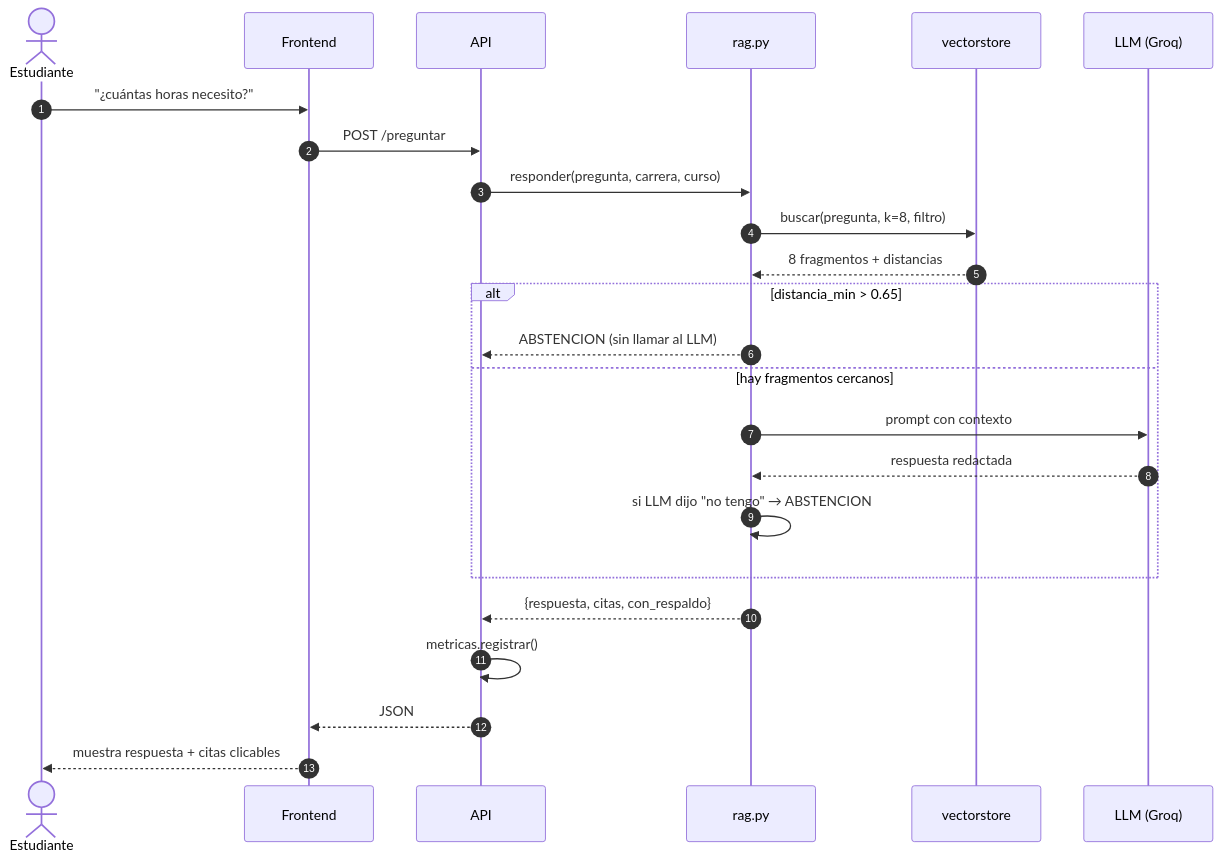
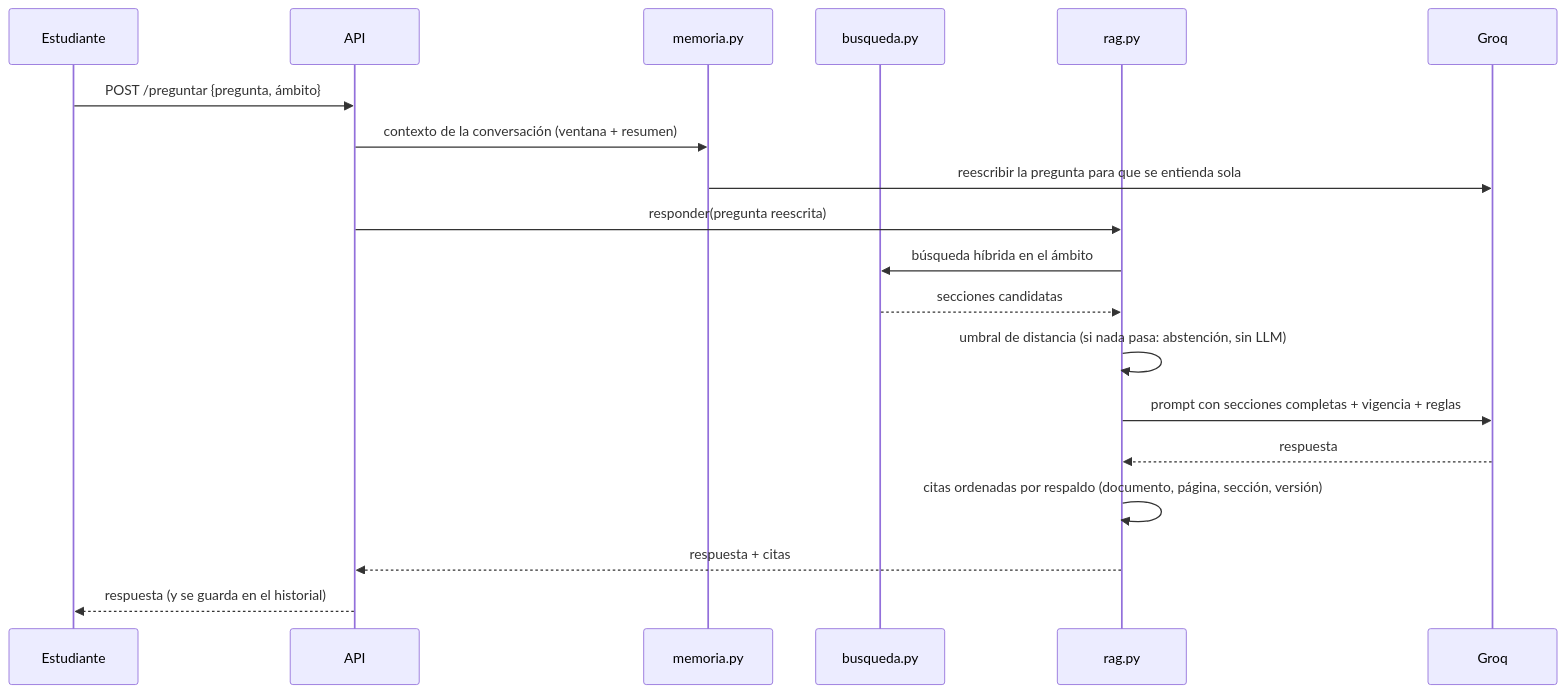
Before and after one commit to AlexJavierQ/Tesis: the second of 2 diagrams in documentacion/DISENO_ARQUITECTURA.md, drawn with Mermaid. The commit also changed other lines of this file and 51 other files, not shown here.

````diff
--- a/documentacion/DISENO_ARQUITECTURA.md
+++ b/documentacion/DISENO_ARQUITECTURA.md
@@ -85,29 +63,22 @@
 ```mermaid
 sequenceDiagram
-    autonumber
-    actor U as Estudiante
-    participant F as Frontend
+    participant E as Estudiante
     participant A as API
+    participant M as memoria.py
+    participant B as busqueda.py
     participant R as rag.py
-    participant V as vectorstore
-    participant L as LLM (Groq)
+    participant L as Groq
 
-    U->>F: "¿cuántas horas necesito?"
-    F->>A: POST /preguntar
-    A->>R: responder(pregunta, carrera, curso)
-    R->>V: buscar(pregunta, k=8, filtro)
-    V-->>R: 8 fragmentos + distancias
-
-    alt distancia_min > 0.65
-        R-->>A: ABSTENCION (sin llamar al LLM)
-    else hay fragmentos cercanos
-        R->>L: prompt con contexto
-        L-->>R: respuesta redactada
-        R->>R: si LLM dijo "no tengo" → ABSTENCION
-    end
-
-    R-->>A: {respuesta, citas, con_respaldo}
-    A->>A: metricas.registrar()
-    A-->>F: JSON
-    F-->>U: muestra respuesta + citas clicables
+    E->>A: POST /preguntar {pregunta, ámbito}
+    A->>M: contexto de la conversación (ventana + resumen)
+    M->>L: reescribir la pregunta para que se entienda sola
+    A->>R: responder(pregunta reescrita)
+    R->>B: búsqueda híbrida en el ámbito
+    B-->>R: secciones candidatas
+    R->>R: umbral de distancia (si nada pasa: abstención, sin LLM)
+    R->>L: prompt con secciones completas + vigencia + reglas
+    L-->>R: respuesta
+    R->>R: citas ordenadas por respaldo (documento, página, sección, versión)
+    R-->>A: respuesta + citas
+    A-->>E: respuesta (y se guarda en el historial)
 ```
````
